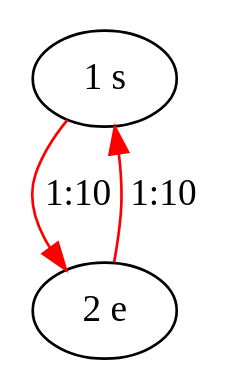
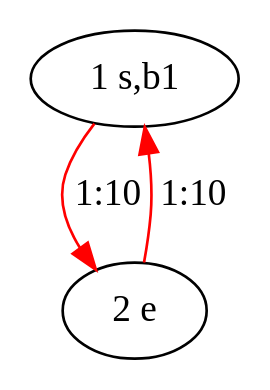
The diagram in instances/instance-0.gv (iagorrr/PDDL-joao-and-the-bus-domain), drawn with Graphviz before and after one commit. The commit also changed 21 other files, not shown here.

```diff
--- a/instances/instance-0.gv
+++ b/instances/instance-0.gv
@@ -1,6 +1,6 @@
 digraph "instance-0" {
-	1 [label="1 s"]
+	1 [label="1 s,b1"]
 	2 [label="2 e"]
 	1 -> 2 [label="1:10" color=red weight=10]
 	2 -> 1 [label="1:10" color=red weight=10]
 }
```
